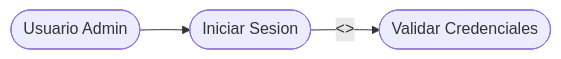
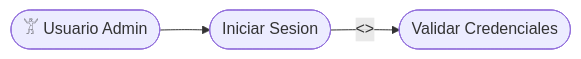
Before and after one commit to ingcdsantamaria/Degorra: the third of 3 diagrams in README.md, drawn with Mermaid.

Commit message:
Diagramas de casos de Uso final version

````diff
--- a/README.md
+++ b/README.md
@@ -86,8 +86,8 @@
 ```mermaid
 flowchart LR
-  A(["Usuario Admin"])
+  A([" 𓀠 Usuario Admin"])
   B(["Iniciar Sesion"])
   C(["Validar Credenciales"])
   A-->B
   B--"<<include>>"-->C
 ```
````
